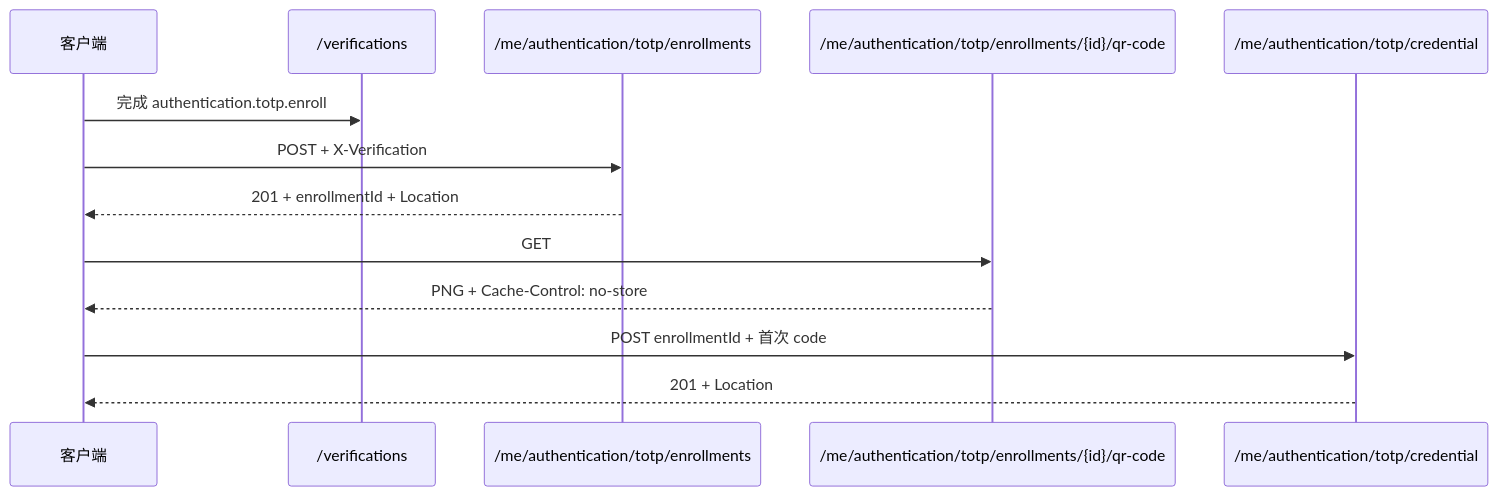
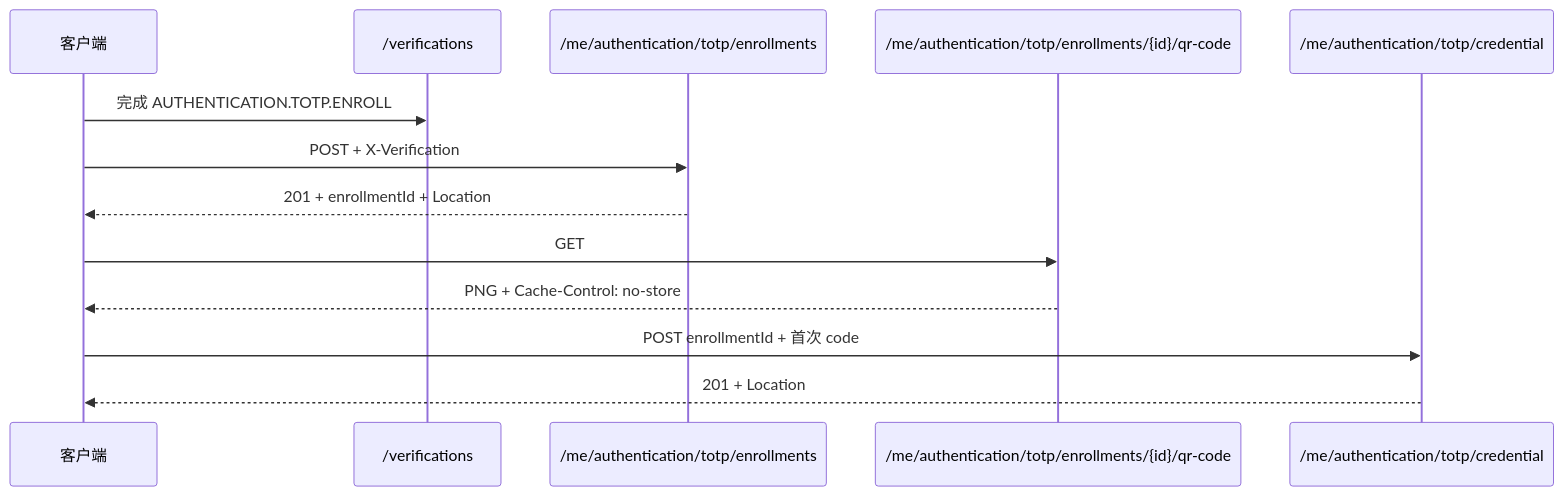
The diagram in docs/reference/http/sca4d-server.md (SH-XiaoXiu/sca4d-j), drawn with Mermaid before and after one commit. The commit also changed other lines of this file and 3775 other files, not shown here.

````diff
--- a/docs/reference/http/sca4d-server.md
+++ b/docs/reference/http/sca4d-server.md
@@ -474,16 +538,16 @@
 ```mermaid
 sequenceDiagram
     participant Client as 客户端
     participant Verification as /verifications
     participant Enrollment as /me/authentication/totp/enrollments
     participant QR as /me/authentication/totp/enrollments/{id}/qr-code
     participant Credential as /me/authentication/totp/credential
 
-    Client->>Verification: 完成 authentication.totp.enroll
+    Client->>Verification: 完成 AUTHENTICATION.TOTP.ENROLL
     Client->>Enrollment: POST + X-Verification
     Enrollment-->>Client: 201 + enrollmentId + Location
     Client->>QR: GET
     QR-->>Client: PNG + Cache-Control: no-store
     Client->>Credential: POST enrollmentId + 首次 code
     Credential-->>Client: 201 + Location
 ```
````
